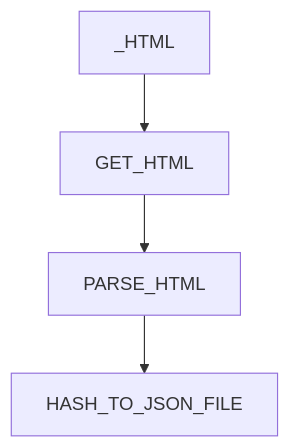
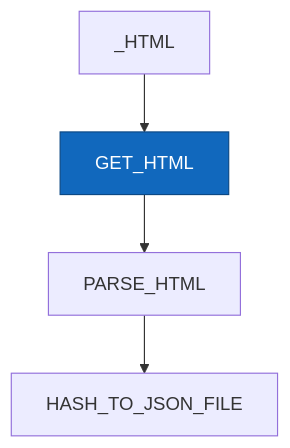
One commit to ykominami/bookinfor changed the first of 2 diagrams in docs/td.md. Above: the diagram before and after it, drawn with Mermaid.

````diff
--- a/docs/td.md
+++ b/docs/td.md
@@ -1,6 +1,6 @@
 ```mermaid
-flowchart TD;
-classDef Active fill:#1168bd,stroke:#0b4884,color:#ffffff
-class GET_HTML Active
-_HTML-->GET_HTML-->PARSE_HTML-->HASH_TO_JSON_FILE;
+flowchart TD
+  _HTML-->GET_HTML-->PARSE_HTML-->HASH_TO_JSON_FILE;
+  classDef Active fill:#1168bd,stroke:#0b4884,color:#ffffff
+  class GET_HTML Active
 ```
````
